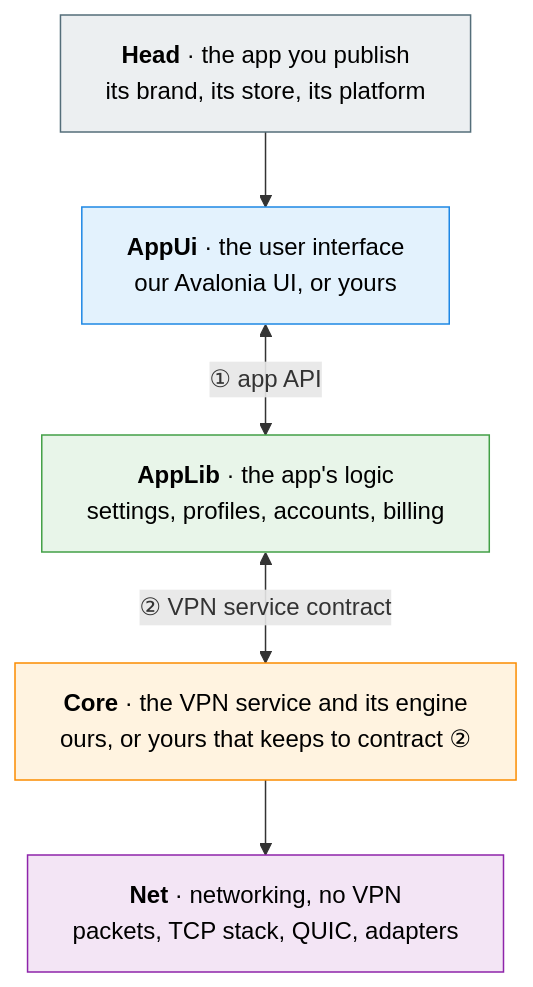
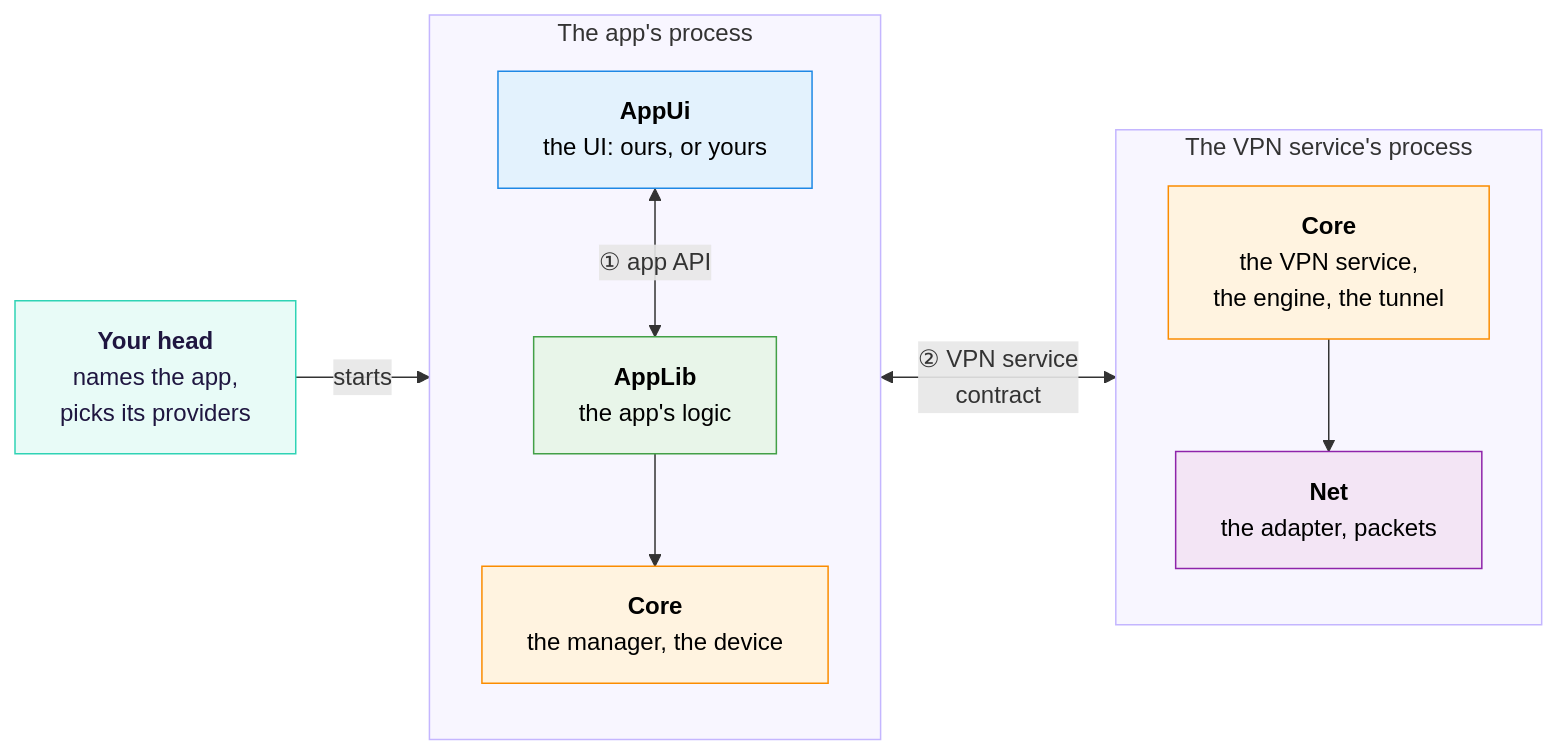
The diagram in docs/client-architecture.md (vpnhood/VpnHood), drawn with Mermaid before and after one commit. The commit also changed other lines of this file and 3 other files, not shown here.

````diff
--- a/docs/client-architecture.md
+++ b/docs/client-architecture.md
@@ -9,29 +9,33 @@
 ```mermaid
----
-config:
-  flowchart:
-    wrappingWidth: 400
----
-flowchart TB
-    HEAD["<b>Head</b> · the app you publish<br/>its brand, its store, its platform"]
-    UI["<b>AppUi</b> · the user interface<br/>our Avalonia UI, or yours"]
-    APP["<b>AppLib</b> · the app's logic<br/>settings, profiles, accounts, billing"]
-    CORE["<b>Core</b> · the VPN service and its engine<br/>ours, or yours that keeps to contract ②"]
-    NET["<b>Net</b> · networking, no VPN<br/>packets, TCP stack, QUIC, adapters"]
+flowchart LR
+    HEAD["<b>Your head</b><br/>names the app,<br/>picks its providers"]
+    subgraph APPSIDE["The app's process"]
+        direction TB
+        UI["<b>AppUi</b><br/>the UI: ours, or yours"]
+        APP["<b>AppLib</b><br/>the app's logic"]
+        DEV["<b>Core</b><br/>the manager, the device"]
+        UI <-->|"① app API"| APP
+        APP --> DEV
+    end
+    subgraph SVCSIDE["The VPN service's process"]
+        direction TB
+        VPN["<b>Core</b><br/>the VPN service,<br/>the engine, the tunnel"]
+        NET["<b>Net</b><br/>the adapter, packets"]
+        VPN --> NET
+    end
+    HEAD -->|starts| APPSIDE
+    DEV <-->|"② VPN service<br/>contract"| VPN
 
-    HEAD --> UI
-    UI <-->|① app API| APP
-    APP <-->|② VPN service contract| CORE
-    CORE --> NET
-
-    classDef head fill:#eceff1,stroke:#546e7a,color:#000
+    style APPSIDE fill:#f8f6ff,stroke:#c4b6ff
+    style SVCSIDE fill:#f8f6ff,stroke:#c4b6ff
+    classDef head fill:#e8fbf7,stroke:#2fd3b5,color:#1f1640
     classDef appUi fill:#e3f2fd,stroke:#1e88e5,color:#000
     classDef appLib fill:#e8f5e9,stroke:#43a047,color:#000
     classDef core fill:#fff3e0,stroke:#fb8c00,color:#000
     classDef net fill:#f3e5f5,stroke:#8e24aa,color:#000
     class HEAD head
     class UI appUi
     class APP appLib
-    class CORE core
+    class DEV,VPN core
     class NET net
 ```
````
